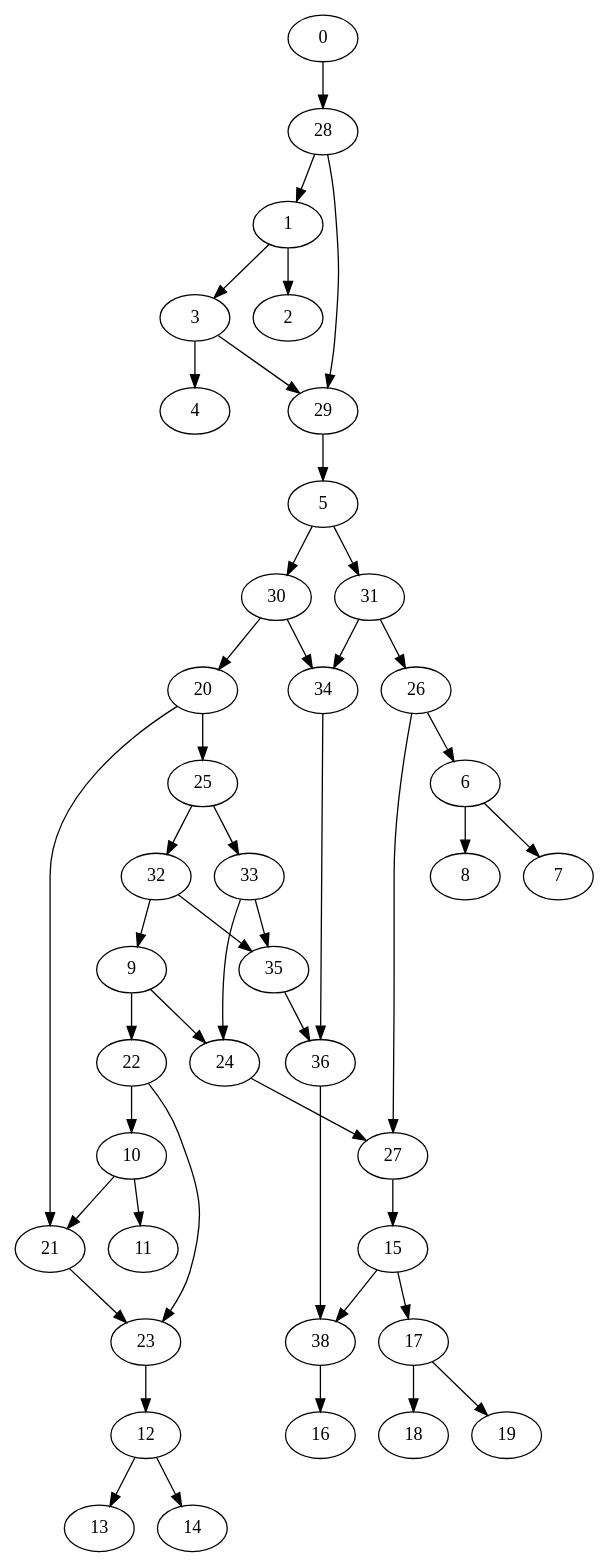
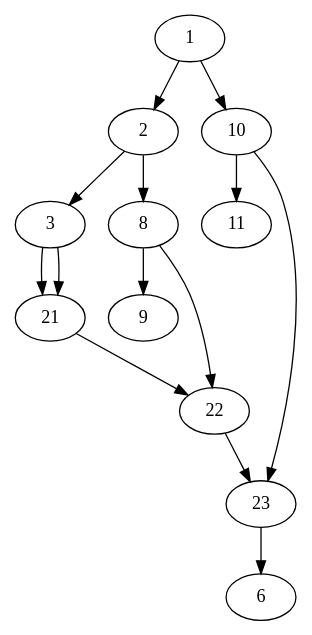
Before and after one commit to daniel-wright243/NetworkProber: the diagram in Phylogenetic Network.gv, drawn with Graphviz. The commit also changed 23 other files, not shown here.

```diff
--- a/Phylogenetic Network.gv
+++ b/Phylogenetic Network.gv
@@ -1,87 +1,27 @@
 // Phylogenetic Network
 digraph "Phylogenetic Network" {
-	0
 	1
 	2
 	3
-	4
-	5
 	6
-	7
 	8
+	10
 	9
-	10
 	11
-	12
-	13
-	14
-	15
-	16
-	17
-	18
-	19
-	20
 	21
 	22
 	23
-	24
-	25
-	26
-	27
-	28
-	29
-	30
-	31
-	32
-	33
-	34
-	35
-	36
-	38
-	0 -> 28
 	1 -> 2
-	1 -> 3
-	3 -> 4
-	3 -> 29
-	5 -> 30
-	5 -> 31
-	6 -> 7
-	6 -> 8
-	9 -> 22
-	9 -> 24
+	1 -> 10
+	2 -> 3
+	2 -> 8
+	3 -> 21
+	3 -> 21
+	8 -> 9
+	8 -> 22
 	10 -> 11
-	10 -> 21
-	12 -> 13
-	12 -> 14
-	15 -> 17
-	15 -> 38
-	17 -> 18
-	17 -> 19
-	20 -> 21
-	20 -> 25
-	21 -> 23
-	22 -> 10
+	10 -> 23
+	21 -> 22
 	22 -> 23
-	23 -> 12
-	24 -> 27
-	25 -> 32
-	25 -> 33
-	26 -> 6
-	26 -> 27
-	27 -> 15
-	28 -> 1
-	28 -> 29
-	29 -> 5
-	30 -> 20
-	30 -> 34
-	31 -> 26
-	31 -> 34
-	32 -> 9
-	32 -> 35
-	33 -> 24
-	33 -> 35
-	34 -> 36
-	35 -> 36
-	36 -> 38
-	38 -> 16
+	23 -> 6
 }
```
